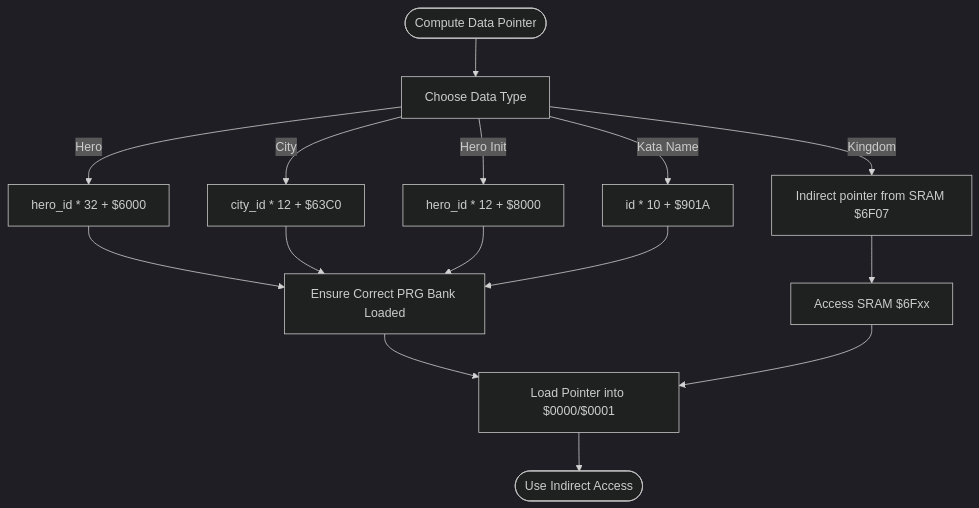
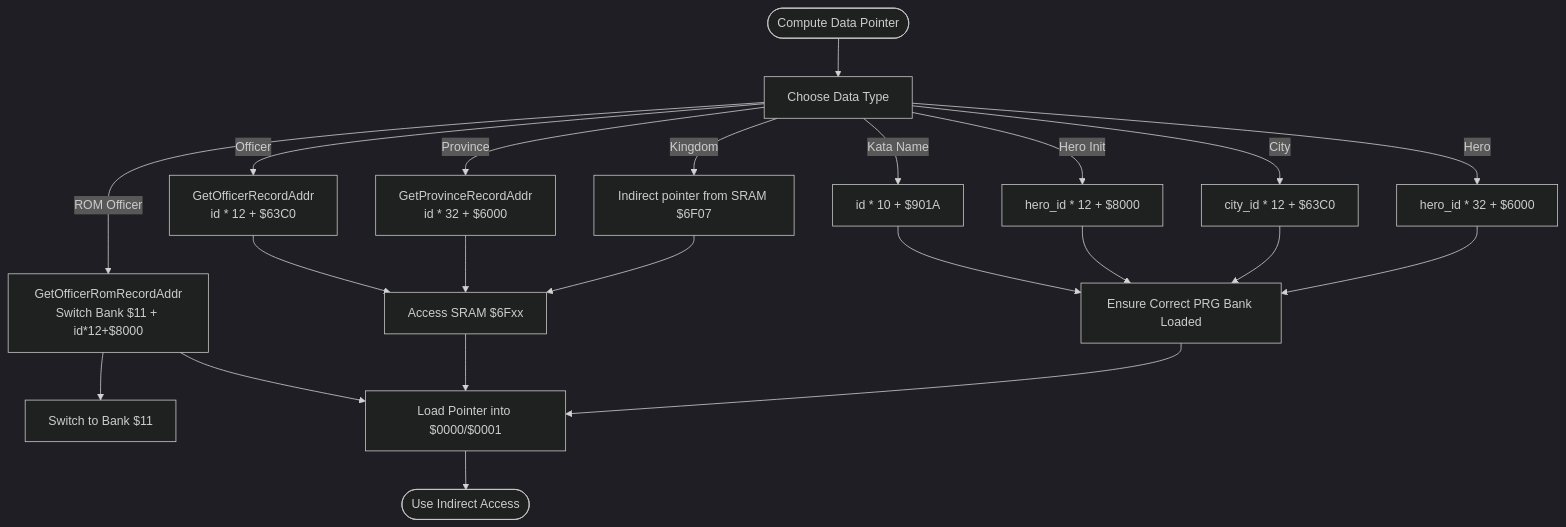
One commit to rabbyzero/sango2dasm changed the third of 6 diagrams in .qoder/repowiki/en/content/Data Access and Memory Management/Data Access and Memory Management.md. Above: the diagram before and after it, drawn with Mermaid (dark theme). The commit also changed other lines of this file and 23 other files, not shown here.

````diff
--- a/.qoder/repowiki/en/content/Data Access and Memory Management/Data Access and Memory Management.md
+++ b/.qoder/repowiki/en/content/Data Access and Memory Management/Data Access and Memory Management.md
@@ -138,17 +151,24 @@
 ```mermaid
 flowchart TD
 Start(["Compute Data Pointer"]) --> Choose["Choose Data Type"]
 Choose --> |Hero| Hero["hero_id * 32 + $6000"]
 Choose --> |City| City["city_id * 12 + $63C0"]
 Choose --> |Hero Init| Init["hero_id * 12 + $8000"]
 Choose --> |Kata Name| Kata["id * 10 + $901A"]
 Choose --> |Kingdom| KPtr["Indirect pointer from SRAM $6F07"]
+Choose --> |Province| Prov["GetProvinceRecordAddr<br/>id * 32 + $6000"]
+Choose --> |Officer| Off["GetOfficerRecordAddr<br/>id * 12 + $63C0"]
+Choose --> |ROM Officer| RomOff["GetOfficerRomRecordAddr<br/>Switch Bank $11 + id*12+$8000"]
 Hero --> BankSel["Ensure Correct PRG Bank Loaded"]
 City --> BankSel
 Init --> BankSel
 Kata --> BankSel
 KPtr --> SRAM["Access SRAM $6Fxx"]
+Prov --> SRAM
+Off --> SRAM
+RomOff --> Bank11["Switch to Bank $11"]
 BankSel --> Indirect["Load Pointer into $0000/$0001"]
 SRAM --> Indirect
+RomOff --> Indirect
 Indirect --> End(["Use Indirect Access"])
 ```
````
